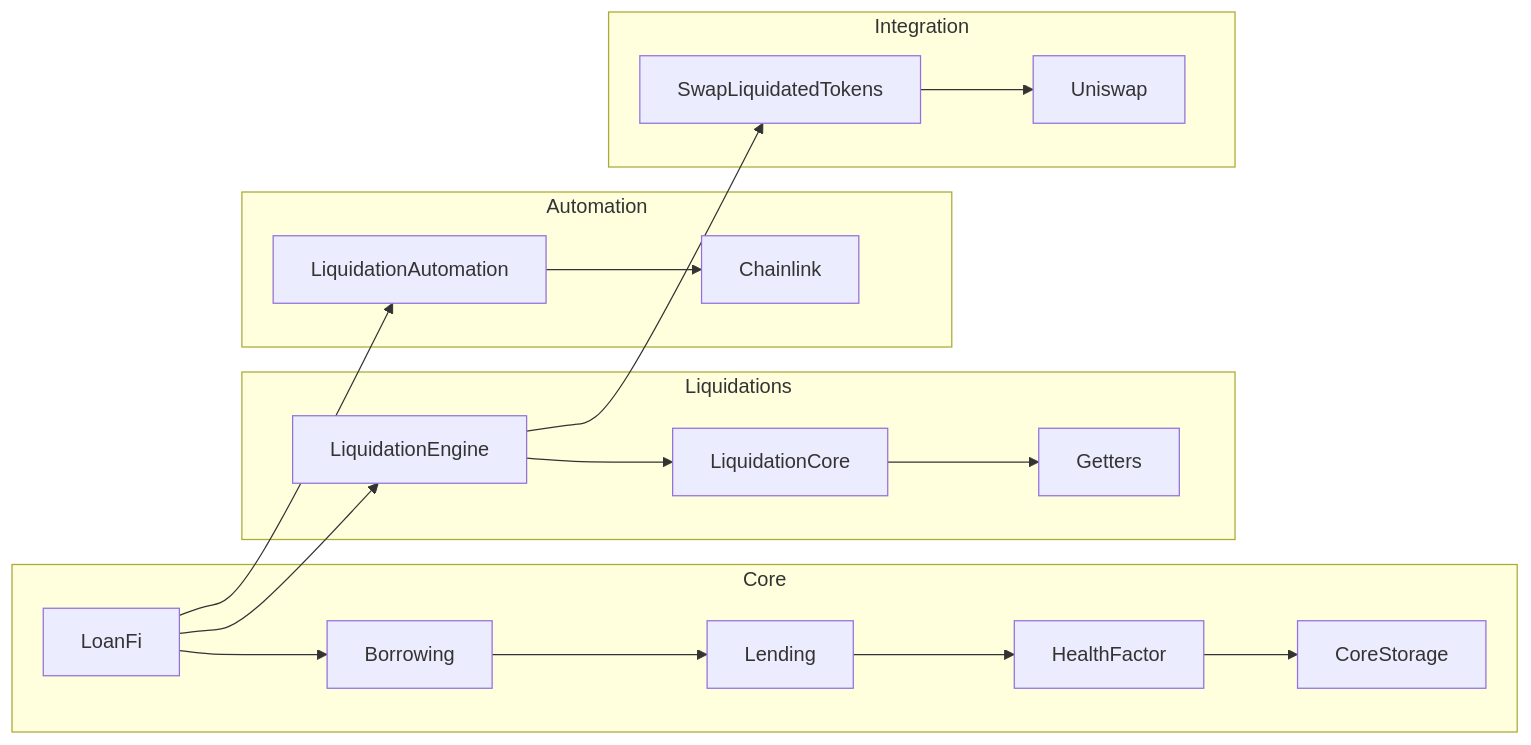
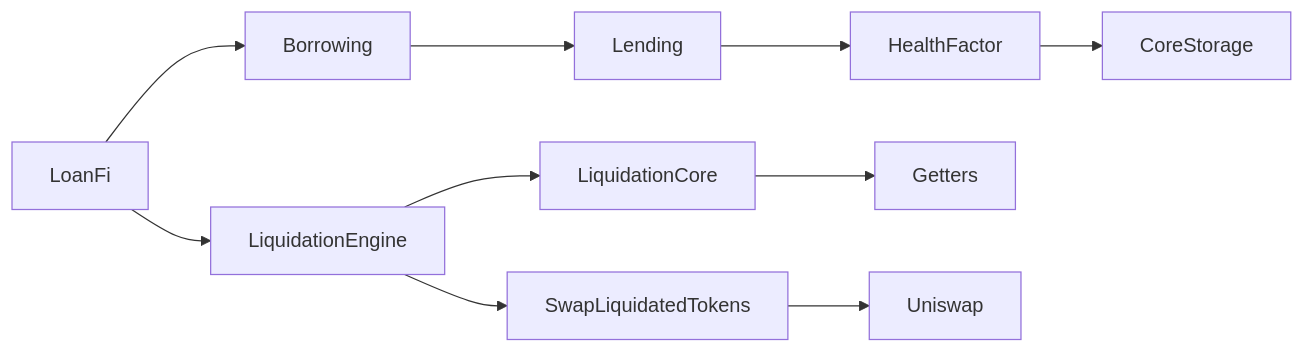
Before and after one commit to SquilliamX/LoanFi-Protocol: the diagram in README.md, drawn with Mermaid.

Commit message:
Refactor README.md to simplify protocol architecture diagram
- Streamlined the protocol architecture visualization by removing subgraph divisions and presenting a more linear flow, enhancing clarity and understanding of the LoanFi Protocol's components.
- Improved the overall readability of the diagram while maintaining emphasis on the key relationships between the protocol's core elements.

````diff
--- a/README.md
+++ b/README.md
@@ -69,25 +69,14 @@
 ```mermaid
 graph LR
-    subgraph Core
-        LoanFi --> Borrowing
-        Borrowing --> Lending
-        Lending --> HealthFactor
-        HealthFactor --> CoreStorage
-    end
-
-    subgraph Liquidations
-        LoanFi --> LiquidationEngine
-        LiquidationEngine --> LiquidationCore
-        LiquidationCore --> Getters
-    end
-
-    subgraph Automation
-        LoanFi --> LiquidationAutomation
-        LiquidationAutomation --> Chainlink
-    end
-
-    subgraph Integration
-        LiquidationEngine --> SwapLiquidatedTokens
-        SwapLiquidatedTokens --> Uniswap
-    end
+    LoanFi --> Borrowing
+    Borrowing --> Lending
+    Lending --> HealthFactor
+    HealthFactor --> CoreStorage
+    
+    LoanFi --> LiquidationEngine
+    LiquidationEngine --> LiquidationCore
+    LiquidationCore --> Getters
+    
+    LiquidationEngine --> SwapLiquidatedTokens
+    SwapLiquidatedTokens --> Uniswap
 ```
````
